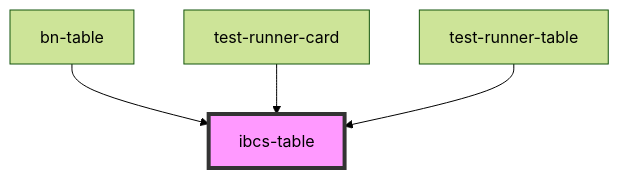
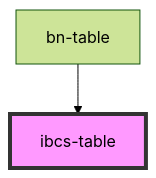
One commit to bino-bi/bn-template-engine changed the diagram in src/components/bn-table/readme.md. Above: the diagram before and after it, drawn with Mermaid (forest theme). The commit also changed other lines of this file and 17 other files, not shown here.

Commit message:
feat: remove test-runner-time and test-runner-title components

````diff
--- a/src/components/bn-table/readme.md
+++ b/src/components/bn-table/readme.md
@@ -246,7 +244,5 @@
 ```mermaid
 graph TD;
   bn-table --> ibcs-table
-  test-runner-card --> ibcs-table
-  test-runner-table --> ibcs-table
   style ibcs-table fill:#f9f,stroke:#333,stroke-width:4px
 ```
````
